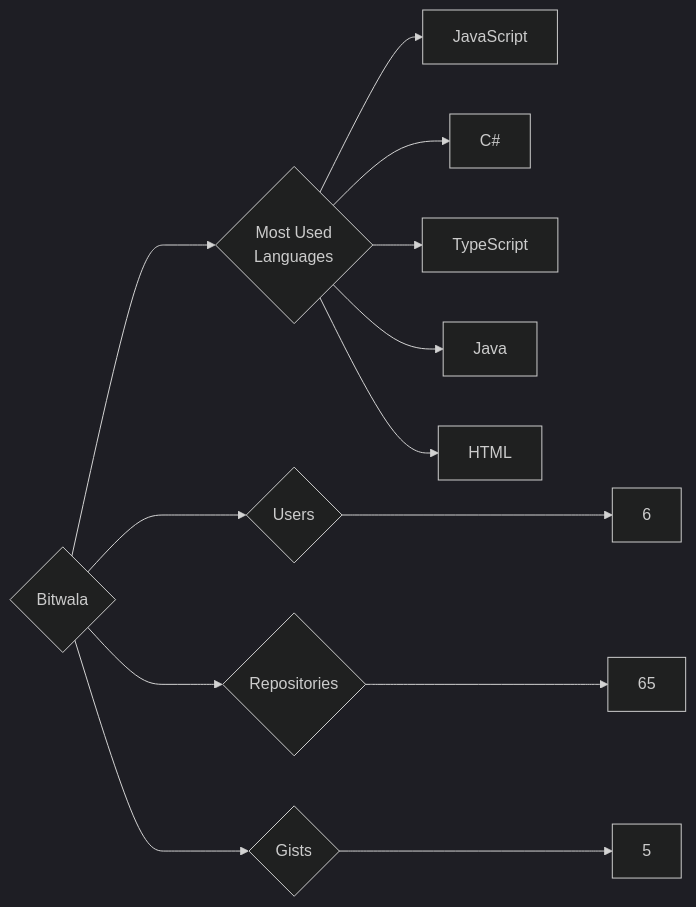
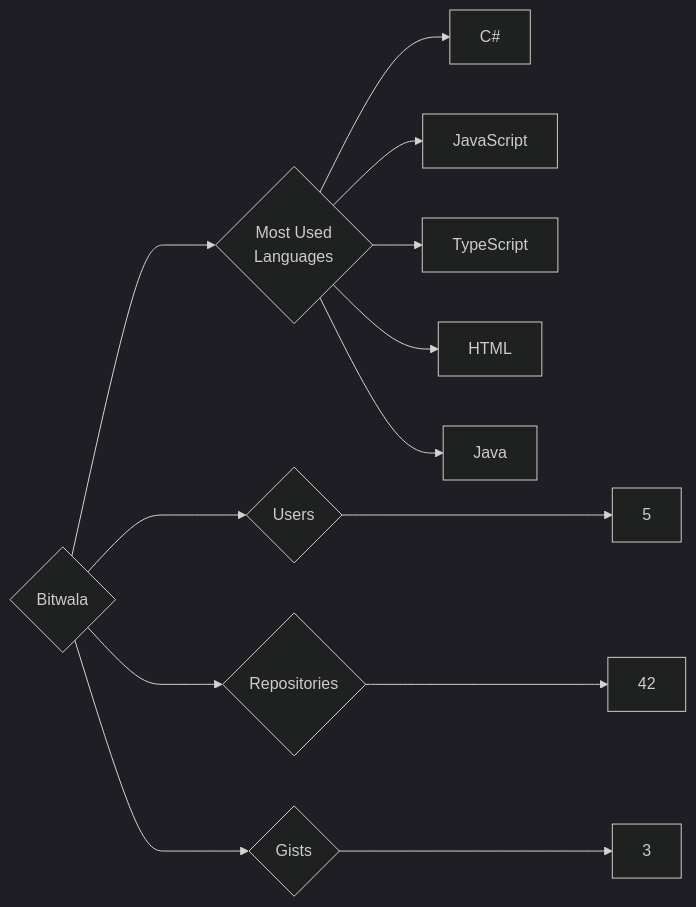
The diagram in targets/Bitwala/README.md (trickest/insiders), drawn with Mermaid (dark theme) before and after one commit. The commit also changed 559 other files, not shown here.

````diff
--- a/targets/Bitwala/README.md
+++ b/targets/Bitwala/README.md
@@ -3,13 +3,13 @@
 ```mermaid
 graph LR
 COMPANY_NAME{Bitwala}
-COMPANY_NAME ---> U{Users} ---> UN[6]
-COMPANY_NAME ---> R{Repositories} ---> RN[65]
-COMPANY_NAME ---> G{Gists} ---> GN[5]
+COMPANY_NAME ---> U{Users} ---> UN[5]
+COMPANY_NAME ---> R{Repositories} ---> RN[42]
+COMPANY_NAME ---> G{Gists} ---> GN[3]
 COMPANY_NAME ---> ML{Most Used<br>Languages}
+ML --> C#[C#]
 ML --> JavaScript[JavaScript]
-ML --> C#[C#]
 ML --> TypeScript[TypeScript]
+ML --> HTML[HTML]
 ML --> Java[Java]
-ML --> HTML[HTML]
 ```
````
